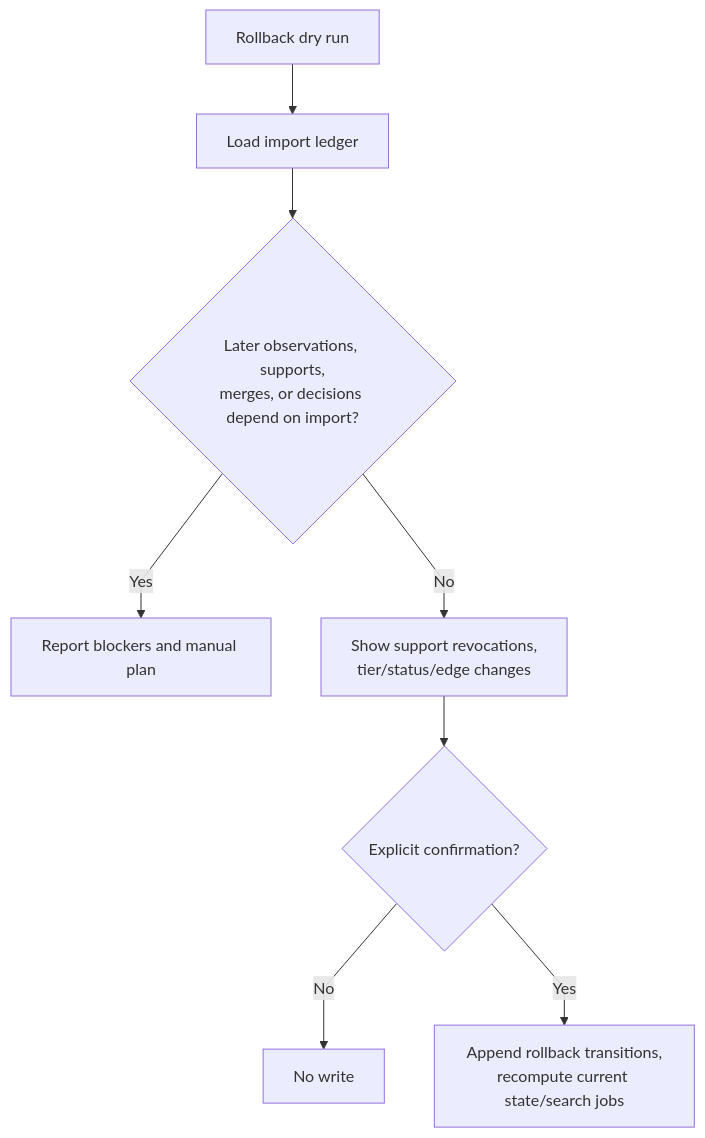
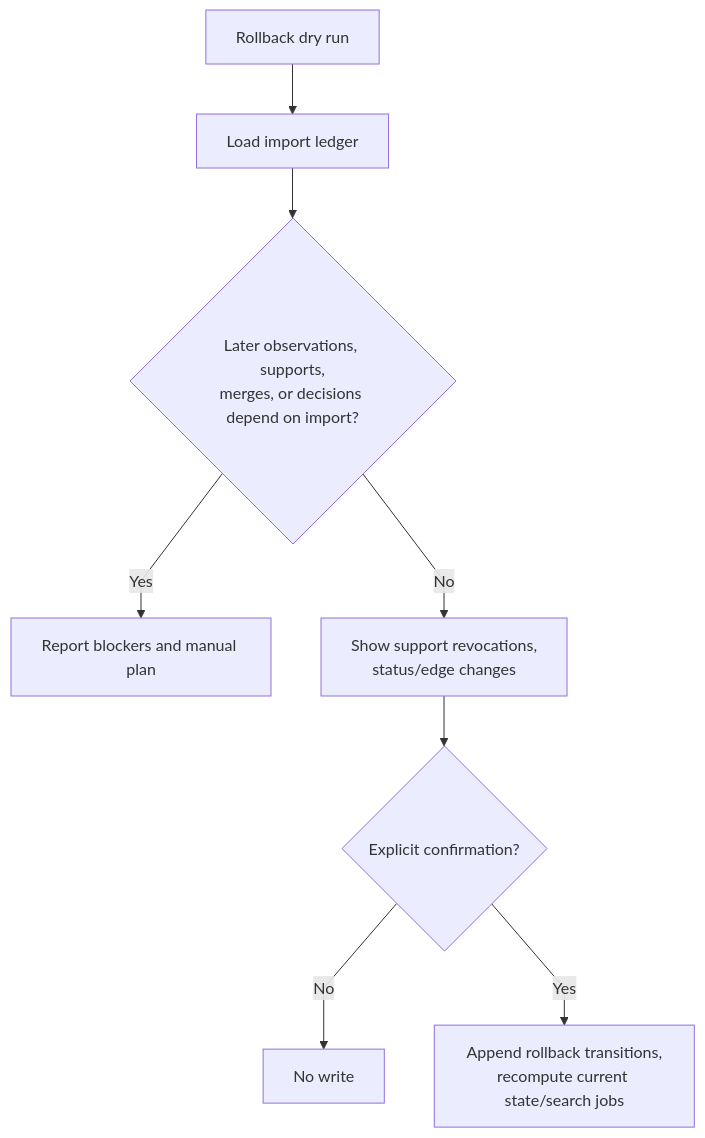
One commit to markhuangai/dense-mem changed the fourth of 4 diagrams in Memory-Packs.md. Above: the diagram before and after it, drawn with Mermaid. The commit also changed other lines of this file and 27 other files, not shown here.

Commit message:
Document tier-free Relationship architecture

````diff
--- a/Memory-Packs.md
+++ b/Memory-Packs.md
@@ -275,11 +280,11 @@
 ```mermaid
 %%{init: {"flowchart": {"curve": "linear"}}}%%
 flowchart TD
   Request["Rollback dry run"] --> Load["Load import ledger"]
   Load --> Later{"Later observations, supports,<br/>merges, or decisions depend on import?"}
   Later -- Yes --> Unsafe["Report blockers and manual plan"]
-  Later -- No --> Impact["Show support revocations,<br/>tier/status/edge changes"]
+  Later -- No --> Impact["Show support revocations,<br/>status/edge changes"]
   Impact --> Confirm{"Explicit confirmation?"}
   Confirm -- No --> Stop["No write"]
   Confirm -- Yes --> Tx["Append rollback transitions,<br/>recompute current state/search jobs"]
 ```
````
